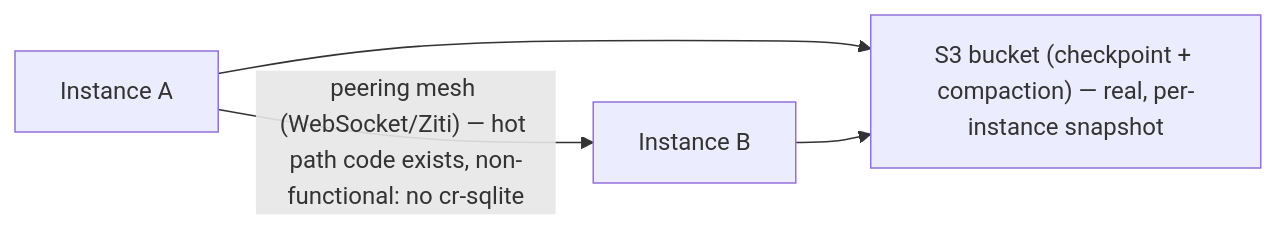
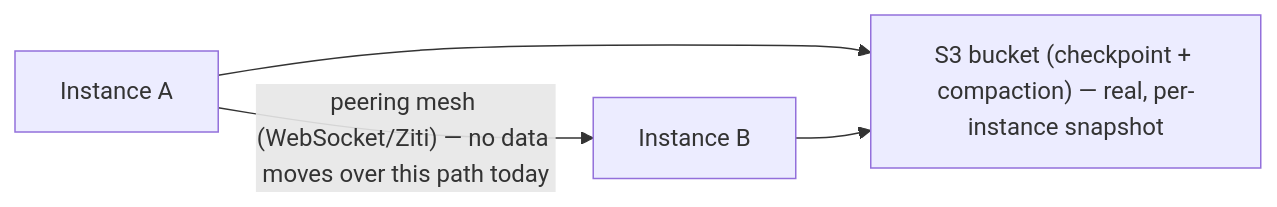
Before and after one commit to vul-os/vulos: the fifth of 6 diagrams in docs/ARCHITECTURE.md, drawn with Mermaid. The commit also changed other lines of this file, not shown here.

First line of the commit message:
docs(architecture): state what multi-instance sync does today, not why it stops there

````diff
--- a/docs/ARCHITECTURE.md
+++ b/docs/ARCHITECTURE.md
@@ -265,6 +265,6 @@
 ```mermaid
 flowchart LR
-    A["Instance A"] -->|"peering mesh (WebSocket/Ziti) — hot path code exists, non-functional: no cr-sqlite"| B["Instance B"]
+    A["Instance A"] -->|"peering mesh (WebSocket/Ziti) — no data moves over this path today"| B["Instance B"]
     A --> S3["S3 bucket (checkpoint + compaction) — real, per-instance snapshot"]
     B --> S3
 ```
````
